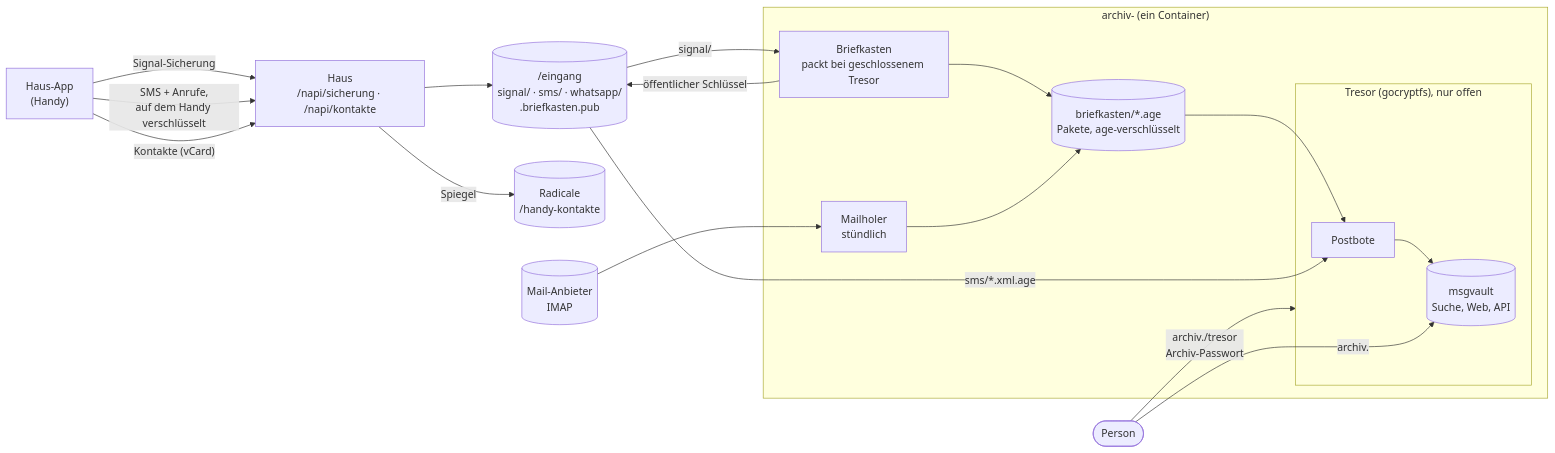
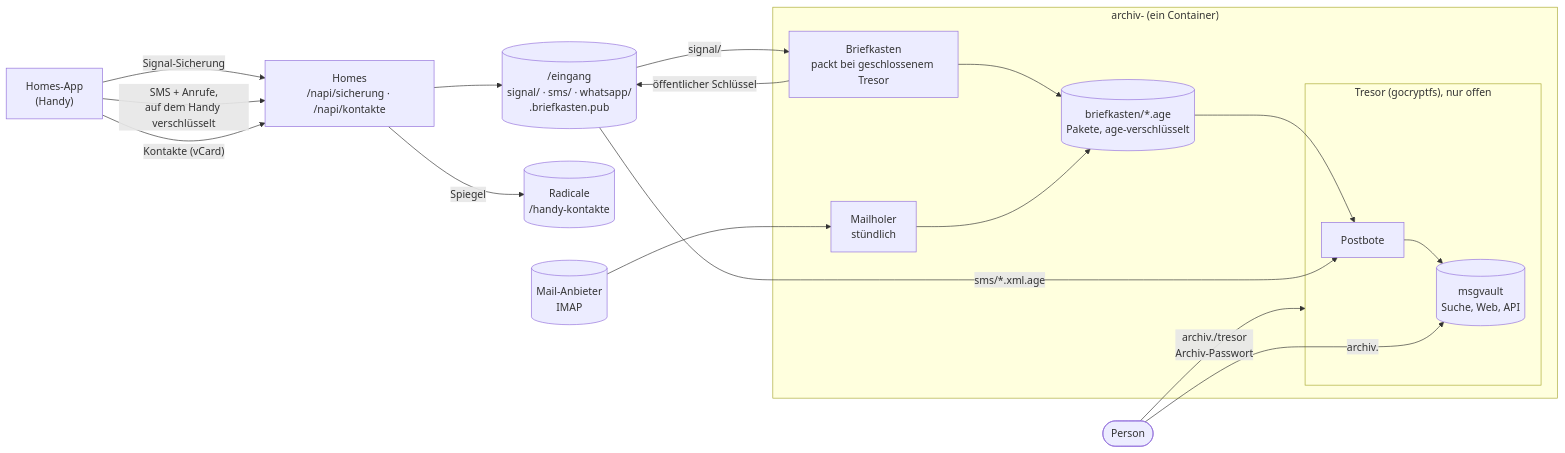
The diagram in README.md (mdopp/archiv), drawn with Mermaid before and after one commit. The commit also changed other lines of this file and 14 other files, not shown here.

First line of the commit message:
feat(archiv): name the program Homes, accept the Haus names until the box moves (#24)

````diff
--- a/README.md
+++ b/README.md
@@ -14,33 +14,33 @@
 ```mermaid
 flowchart LR
   person(["Person"])
-  app["Haus-App\n(Handy)"]
-  haus["Haus\n/napi/sicherung · /napi/kontakte"]
+  app["Homes-App\n(Handy)"]
+  homes["Homes\n/napi/sicherung · /napi/kontakte"]
   imap[("Mail-Anbieter\nIMAP")]
   radicale[("Radicale\n<person>/handy-kontakte")]
   eingang[("/eingang\nsignal/ · sms/ · whatsapp/\n.briefkasten.pub")]
   subgraph archiv["archiv-<person> (ein Container)"]
     briefkasten["Briefkasten\npackt bei geschlossenem Tresor"]
     mailholer["Mailholer\nstündlich"]
     post[("briefkasten/*.age\nPakete, age-verschlüsselt")]
     subgraph tresor["Tresor (gocryptfs), nur offen"]
       postbote["Postbote"]
       msgvault[("msgvault\nSuche, Web, API")]
     end
   end
 
-  app -->|"Signal-Sicherung"| haus
-  app -->|"SMS + Anrufe,\nauf dem Handy verschlüsselt"| haus
-  app -->|"Kontakte (vCard)"| haus
-  haus --> eingang
-  haus -->|"Spiegel"| radicale
+  app -->|"Signal-Sicherung"| homes
+  app -->|"SMS + Anrufe,\nauf dem Handy verschlüsselt"| homes
+  app -->|"Kontakte (vCard)"| homes
+  homes --> eingang
+  homes -->|"Spiegel"| radicale
   briefkasten -->|"öffentlicher Schlüssel"| eingang
   eingang -->|"signal/"| briefkasten
   briefkasten --> post
   imap --> mailholer --> post
   post --> postbote
   eingang -->|"sms/*.xml.age"| postbote
   postbote --> msgvault
   person -->|"archiv.<domain>/tresor\nArchiv-Passwort"| tresor
   person -->|"archiv.<domain>"| msgvault
 ```
````
